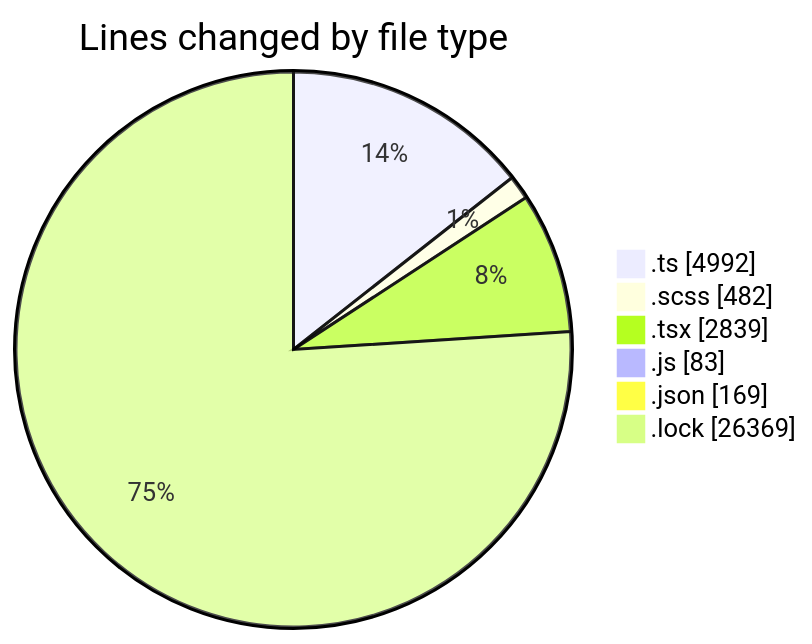
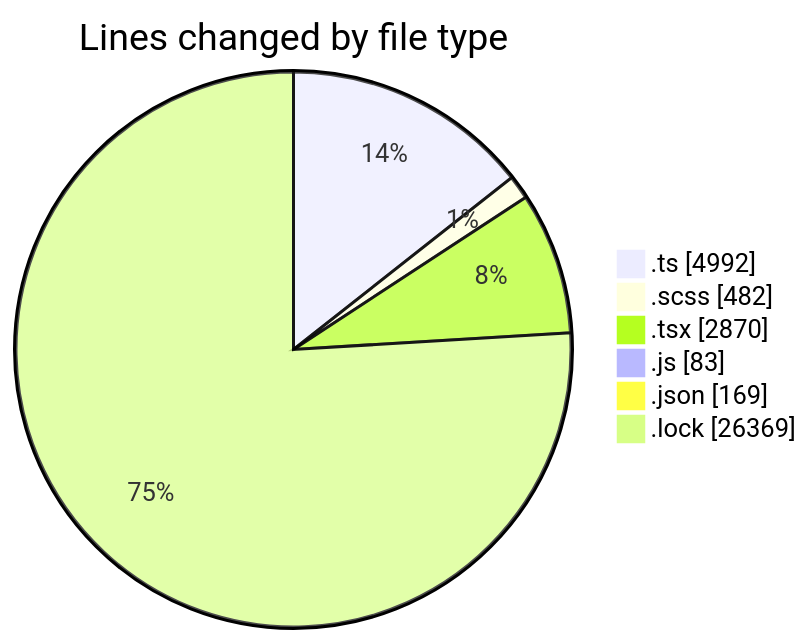
Before and after one commit to momahboobian/code-tracking: the first of 2 diagrams in 2025-09-12/cda/README.md, drawn with Mermaid. The commit also changed other lines of this file and 1 other file, not shown here.

````diff
--- a/2025-09-12/cda/README.md
+++ b/2025-09-12/cda/README.md
@@ -35,10 +35,10 @@
 ```mermaid
 pie showData
 title Lines changed by file type
 ".ts" : 4992
 ".scss" : 482
-".tsx" : 2839
+".tsx" : 2870
 ".js" : 83
 ".json" : 169
 ".lock" : 26369
 ```
````
